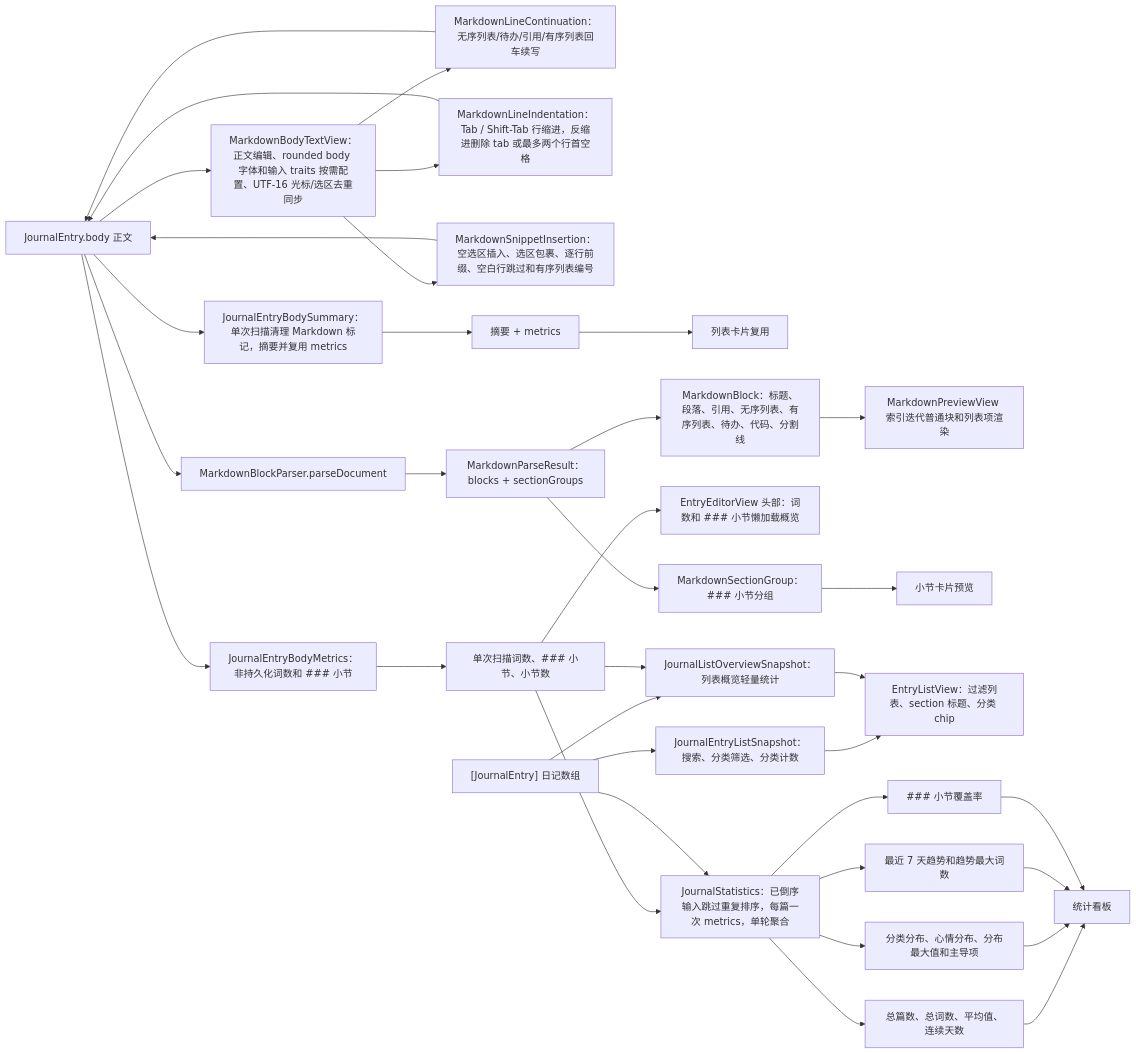
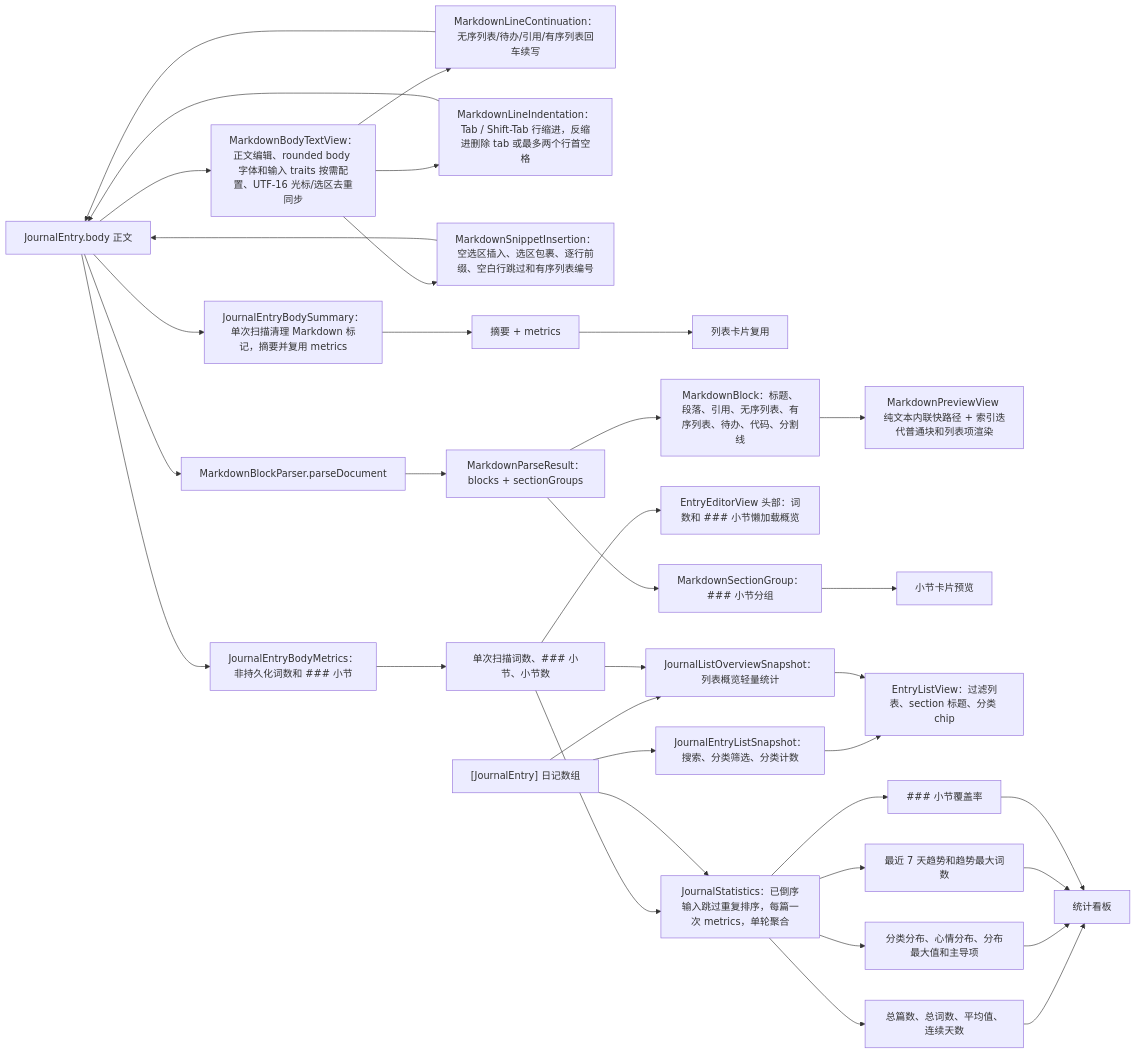
One commit to Altman-sam114/117 changed the fourth of 6 diagrams in md/flow/flowchart.md. Above: the diagram before and after it, drawn with Mermaid. The commit also changed other lines of this file and 8 other files, not shown here.

````diff
--- a/md/flow/flowchart.md
+++ b/md/flow/flowchart.md
@@ -121,37 +121,37 @@
 ```mermaid
 flowchart LR
   Body["JournalEntry.body 正文"] --> MetricsNode2["JournalEntryBodyMetrics：非持久化词数和 ### 小节"]
   Body --> Summary["JournalEntryBodySummary：单次扫描清理 Markdown 标记，摘要并复用 metrics"]
   Body --> BodyText["MarkdownBodyTextView：正文编辑、rounded body 字体和输入 traits 按需配置、UTF-16 光标/选区去重同步"]
   BodyText --> ContinueRule["MarkdownLineContinuation：无序列表/待办/引用/有序列表回车续写"]
   ContinueRule --> Body
   BodyText --> IndentRule["MarkdownLineIndentation：Tab / Shift-Tab 行缩进，反缩进删除 tab 或最多两个行首空格"]
   IndentRule --> Body
   BodyText --> InsertRule["MarkdownSnippetInsertion：空选区插入、选区包裹、逐行前缀、空白行跳过和有序列表编号"]
   InsertRule --> Body
   MetricsNode2 --> MetricsData["单次扫描词数、### 小节、小节数"]
   Summary --> Excerpt["摘要 + metrics"]
   Excerpt --> RowEditor["列表卡片复用"]
   MetricsData --> Statistics["JournalStatistics：已倒序输入跳过重复排序，每篇一次 metrics，单轮聚合"]
   MetricsData --> EditorHeader["EntryEditorView 头部：词数和 ### 小节懒加载概览"]
   Body --> Parse["MarkdownBlockParser.parseDocument"]
   Parse --> Result["MarkdownParseResult：blocks + sectionGroups"]
   Result --> Blocks["MarkdownBlock：标题、段落、引用、无序列表、有序列表、待办、代码、分割线"]
-  Blocks --> Preview["MarkdownPreviewView 索引迭代普通块和列表项渲染"]
+  Blocks --> Preview["MarkdownPreviewView 纯文本内联快路径 + 索引迭代普通块和列表项渲染"]
   Result --> Sections["MarkdownSectionGroup：### 小节分组"]
   Sections --> SectionPreview["小节卡片预览"]
   Entries["[JournalEntry] 日记数组"] --> Statistics
   Entries --> ListSnapshot2["JournalEntryListSnapshot：搜索、分类筛选、分类计数"]
   ListSnapshot2 --> ListView["EntryListView：过滤列表、section 标题、分类 chip"]
   Entries --> ListOverview2["JournalListOverviewSnapshot：列表概览轻量统计"]
   MetricsData --> ListOverview2
   ListOverview2 --> ListView
   Statistics --> Metrics["总篇数、总词数、平均值、连续天数"]
   Statistics --> Distributions["分类分布、心情分布、分布最大值和主导项"]
   Statistics --> Trend["最近 7 天趋势和趋势最大词数"]
   Statistics --> Coverage["### 小节覆盖率"]
   Metrics --> Dashboard["统计看板"]
   Distributions --> Dashboard
   Trend --> Dashboard
   Coverage --> Dashboard
 ```
````
